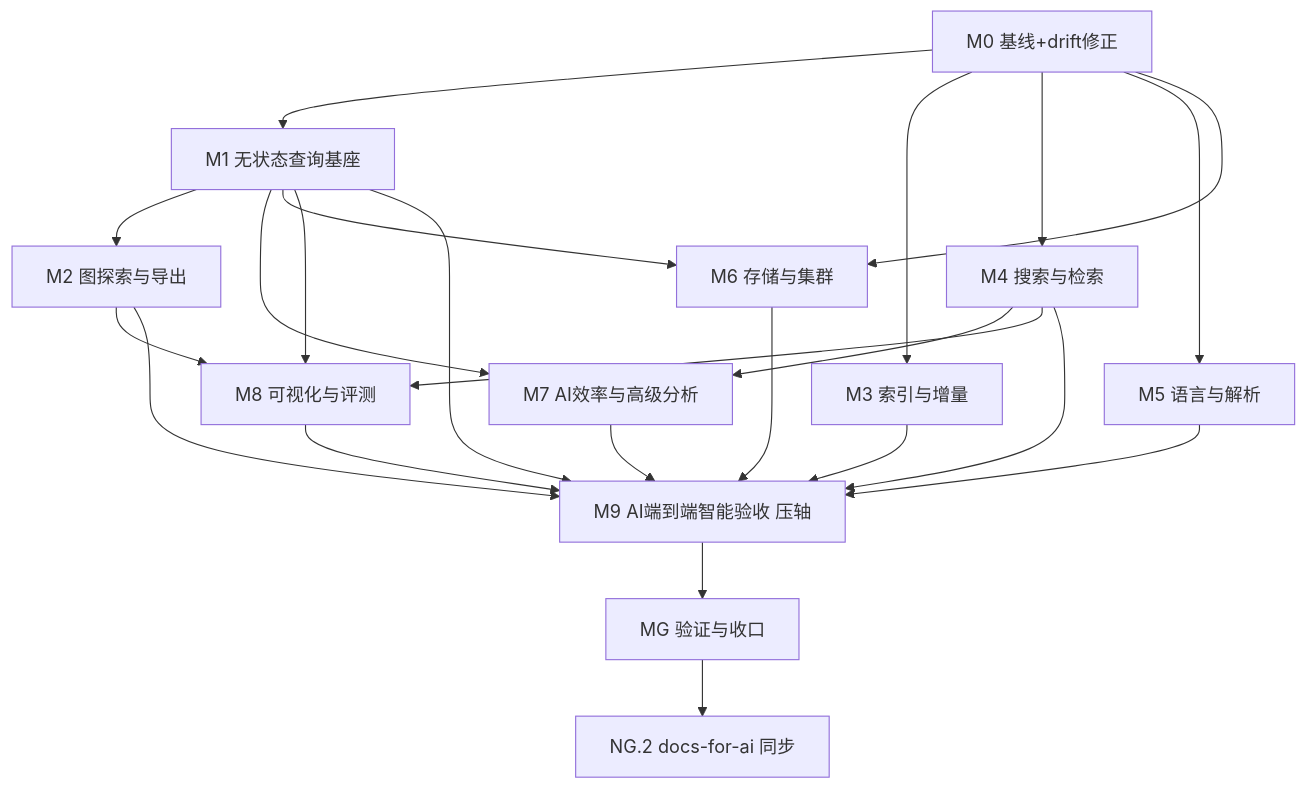
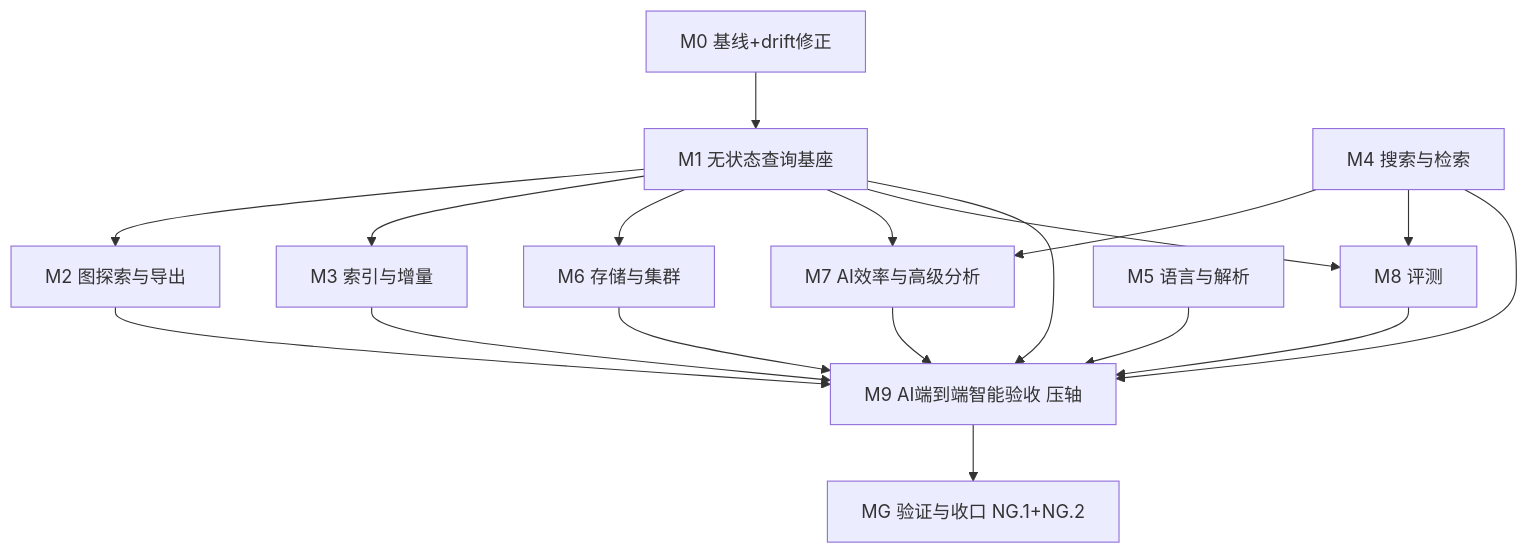
The diagram in ai-dev/backlog/nop-code-feature-completion-roadmap.md (entropy-cloud/nop-entropy), drawn with Mermaid before and after one commit. The commit also changed other lines of this file and 2 other files, not shown here.

Commit message:
docs(nop-code): feature-completion roadmap 审核激活——R1 REVISE(1B+6M+10m: 设计否决冲突三 WI 移出/N4.1 基线失真缩窄/ROUTE 重定位/粒度拆分 36→38/deps WI 级化)→修订→R2 CONSENSUS(17/17 FIXED-VERIFIED),状态转 active+mission 配置落档,首项 N0.1

````diff
--- a/ai-dev/backlog/nop-code-feature-completion-roadmap.md
+++ b/ai-dev/backlog/nop-code-feature-completion-roadmap.md
@@ -162,25 +178,20 @@
 ```mermaid
 flowchart TD
     M0[M0 基线+drift修正] --> M1[M1 无状态查询基座]
     M1 --> M2[M2 图探索与导出]
+    M1 --> M3[M3 索引与增量]
+    M1 --> M6[M6 存储与集群]
     M1 --> M7[M7 AI效率与高级分析]
-    M0 --> M3[M3 索引与增量]
-    M0 --> M4[M4 搜索与检索]
-    M0 --> M5[M5 语言与解析]
-    M0 --> M6[M6 存储与集群]
-    M1 --> M6
-    M4 --> M7
-    M1 --> M8[M8 可视化与评测]
+    M4[M4 搜索与检索] --> M7
+    M1 --> M8[M8 评测]
     M4 --> M8
-    M2 --> M8
     M1 --> M9[M9 AI端到端智能验收 压轴]
     M2 --> M9
     M3 --> M9
     M4 --> M9
-    M5 --> M9
+    M5[M5 语言与解析] --> M9
     M6 --> M9
     M7 --> M9
     M8 --> M9
-    M9 --> MG[MG 验证与收口]
-    MG --> NG2[NG.2 docs-for-ai 同步]
+    M9 --> MG[MG 验证与收口 NG.1+NG.2]
 ```
````
